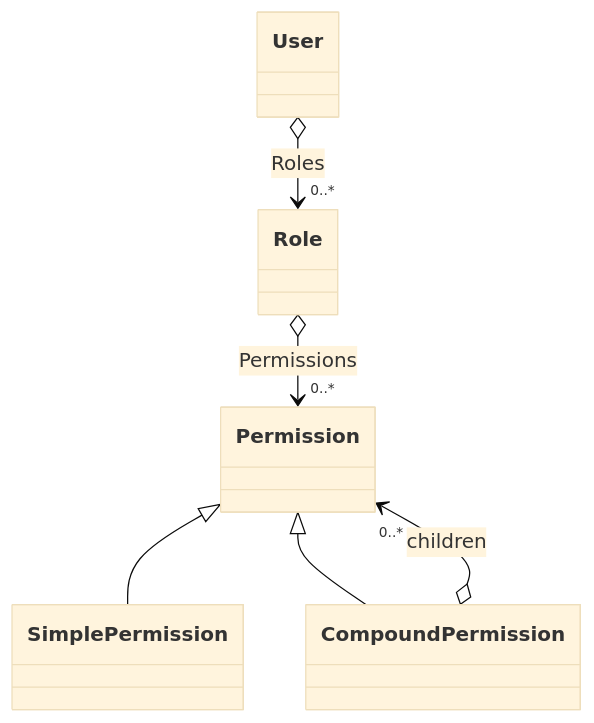
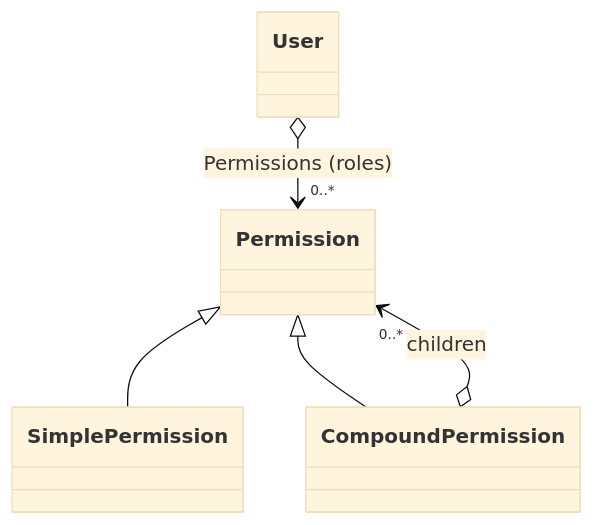
One commit to UAINahueLeandroDefeudi/uai-ing-soft changed the fifth of 5 diagrams in ingSoftWinForm/README.md. Above: the diagram before and after it, drawn with Mermaid (base theme). The commit also changed other lines of this file and 27 other files, not shown here.

First line of the commit message:
Refactor role management to integrate permissions as composite roles

````diff
--- a/ingSoftWinForm/README.md
+++ b/ingSoftWinForm/README.md
@@ -804,8 +801,7 @@
 ```mermaid
 classDiagram
     Permission <|-- SimplePermission
     Permission <|-- CompoundPermission
     CompoundPermission o--> "0..*" Permission : children
-    Role o--> "0..*" Permission : Permissions
-    User o--> "0..*" Role : Roles
+    User o--> "0..*" Permission : Permissions (roles)
 ```
````
